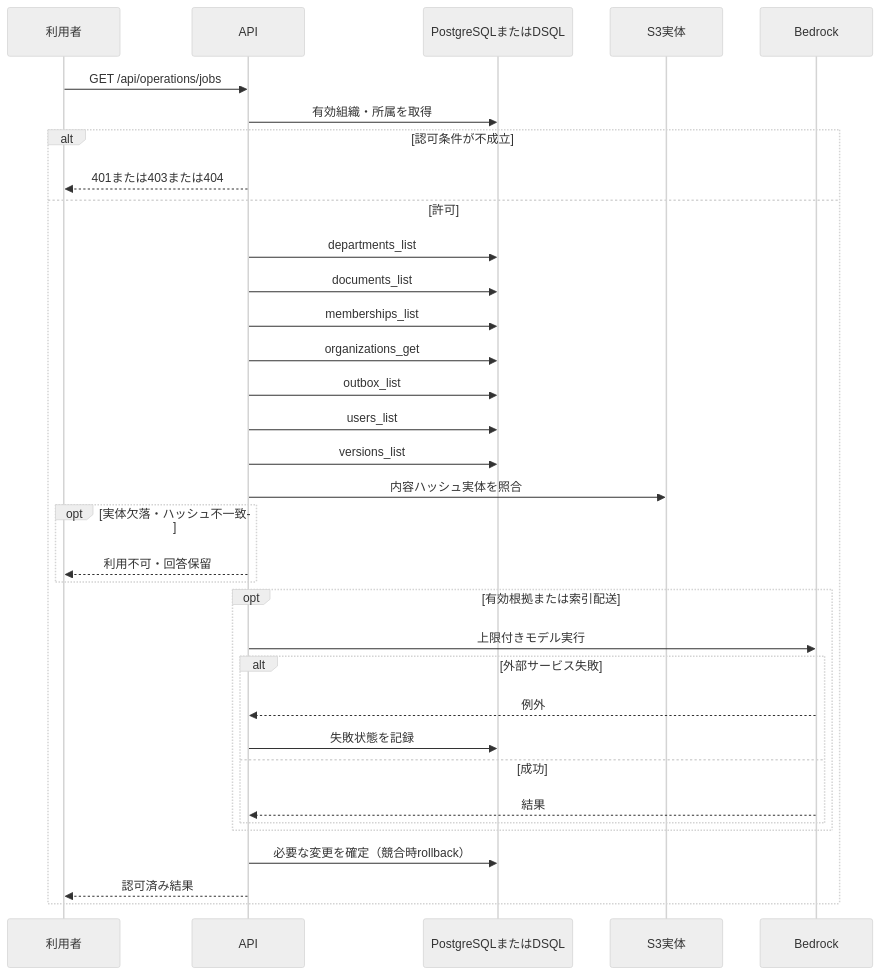
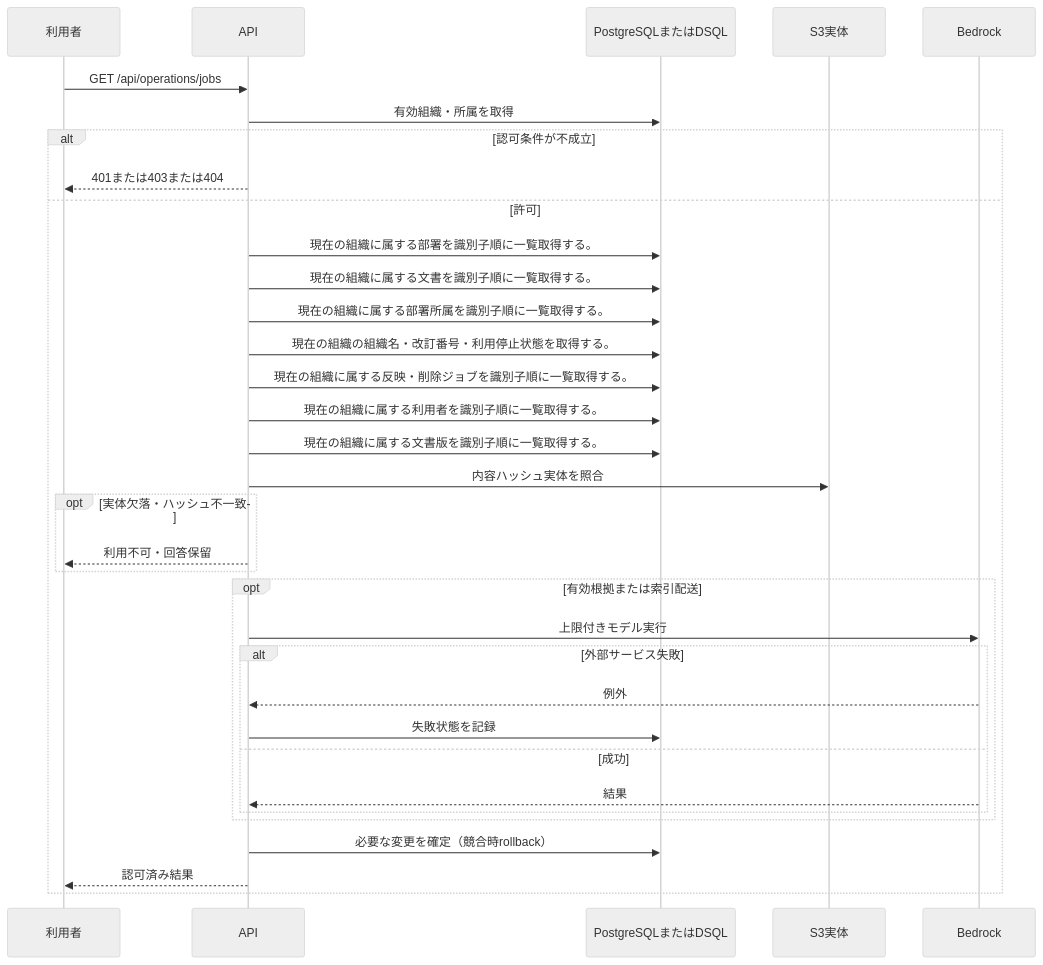
Before and after one commit to tsuji-tomonori/KotoRelay: the diagram in docs/design/generated/api/operations/list_jobs/sequence.md, drawn with Mermaid (neutral theme). The commit also changed other lines of this file and 286 other files, not shown here.

````diff
--- a/docs/design/generated/api/operations/list_jobs/sequence.md
+++ b/docs/design/generated/api/operations/list_jobs/sequence.md
@@ -7,36 +7,36 @@
 ```mermaid
 sequenceDiagram
     participant U as 利用者
     participant A as API
     participant D as PostgreSQLまたはDSQL
     participant S as S3実体
     participant M as Bedrock
     U->>A: GET /api/operations/jobs
     A->>D: 有効組織・所属を取得
     alt 認可条件が不成立
         A-->>U: 401または403または404
     else 許可
-        A->>D: departments_list
-        A->>D: documents_list
-        A->>D: memberships_list
-        A->>D: organizations_get
-        A->>D: outbox_list
-        A->>D: users_list
-        A->>D: versions_list
+        A->>D: 現在の組織に属する部署を識別子順に一覧取得する。
+        A->>D: 現在の組織に属する文書を識別子順に一覧取得する。
+        A->>D: 現在の組織に属する部署所属を識別子順に一覧取得する。
+        A->>D: 現在の組織の組織名・改訂番号・利用停止状態を取得する。
+        A->>D: 現在の組織に属する反映・削除ジョブを識別子順に一覧取得する。
+        A->>D: 現在の組織に属する利用者を識別子順に一覧取得する。
+        A->>D: 現在の組織に属する文書版を識別子順に一覧取得する。
         A->>S: 内容ハッシュ実体を照合
         opt 実体欠落・ハッシュ不一致
             A-->>U: 利用不可・回答保留
         end
         opt 有効根拠または索引配送
             A->>M: 上限付きモデル実行
             alt 外部サービス失敗
                 M-->>A: 例外
                 A->>D: 失敗状態を記録
             else 成功
                 M-->>A: 結果
             end
         end
         A->>D: 必要な変更を確定（競合時rollback）
         A-->>U: 認可済み結果
     end
 ```
````
